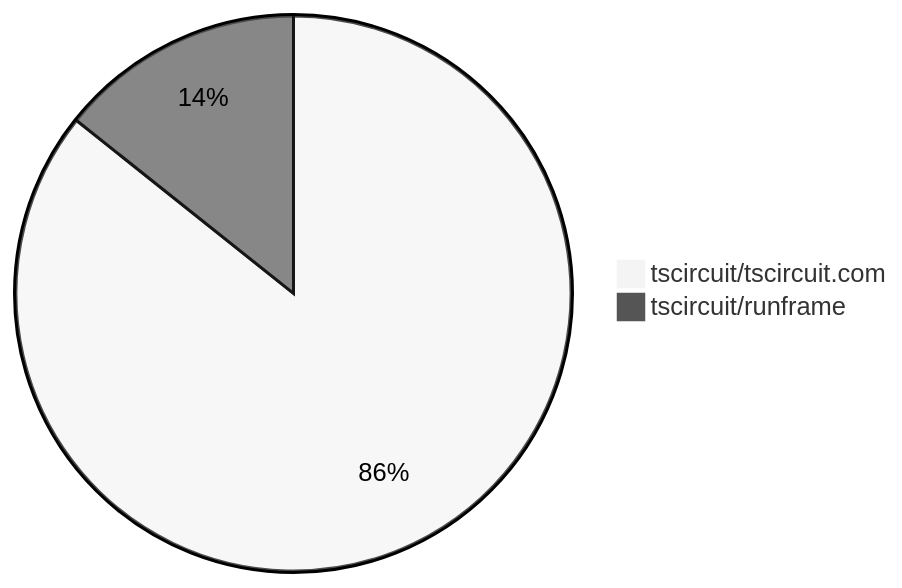
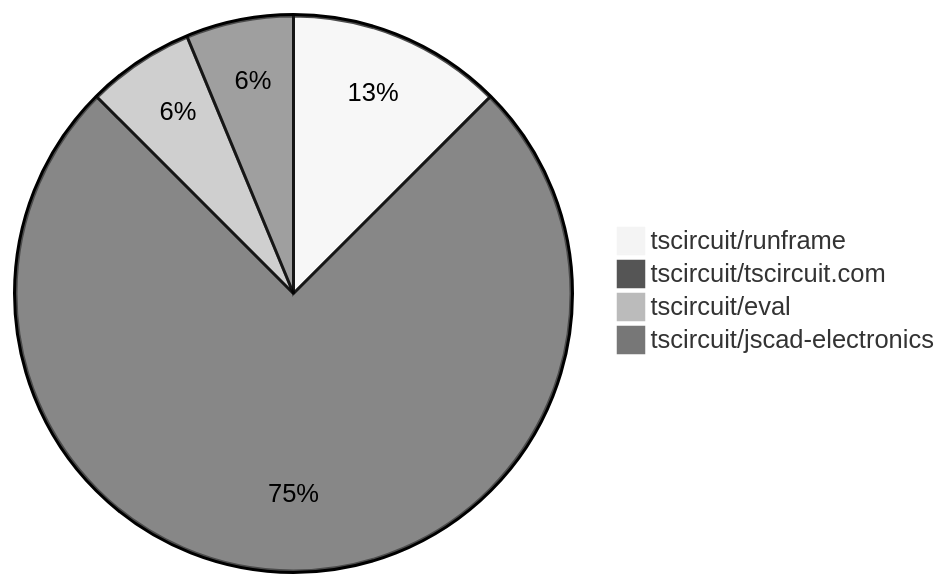
The first of 2 diagrams in contribution-overviews/2025-08-20.md (tscircuit/contribution-tracker), drawn with Mermaid (neutral theme) before and after one commit. The commit also changed other lines of this file and 3 other files, not shown here.

````diff
--- a/contribution-overviews/2025-08-20.md
+++ b/contribution-overviews/2025-08-20.md
@@ -5,5 +5,7 @@
 ```mermaid
 pie
-    "tscircuit/tscircuit.com" : 6
-    "tscircuit/runframe" : 1
+    "tscircuit/runframe" : 2
+    "tscircuit/tscircuit.com" : 12
+    "tscircuit/eval" : 1
+    "tscircuit/jscad-electronics" : 1
 ```
````
